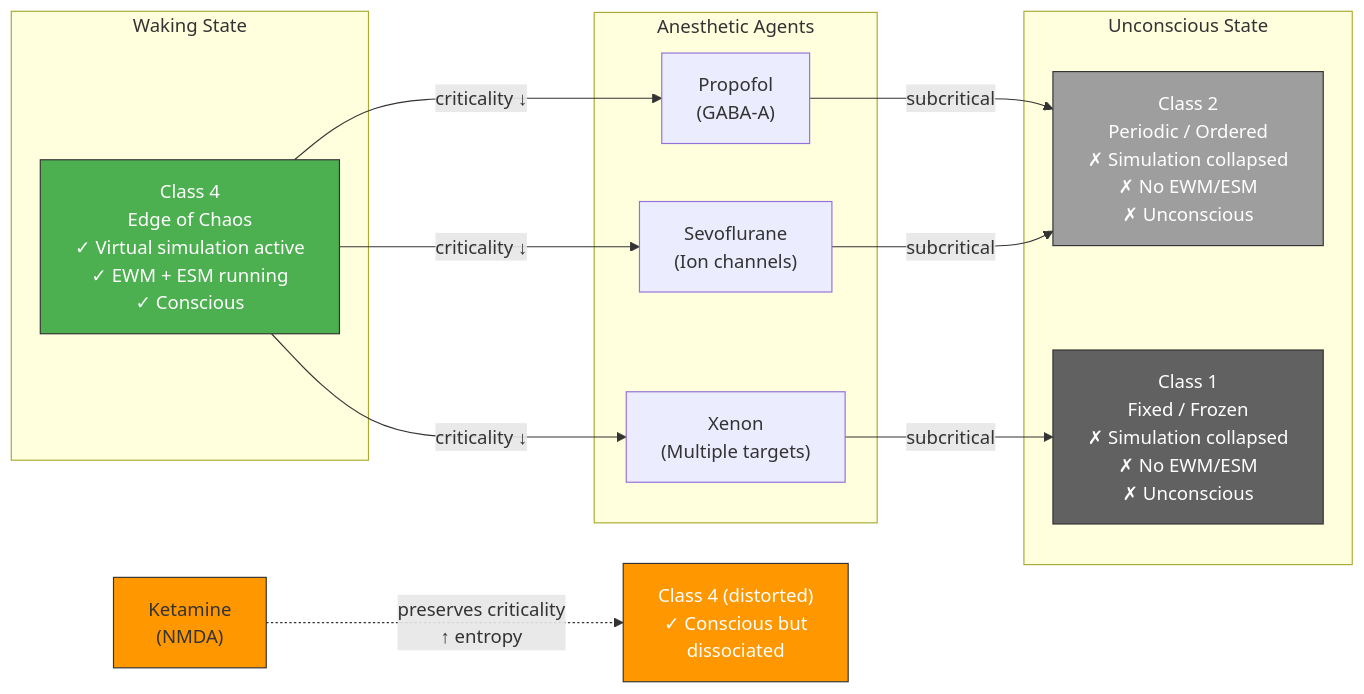
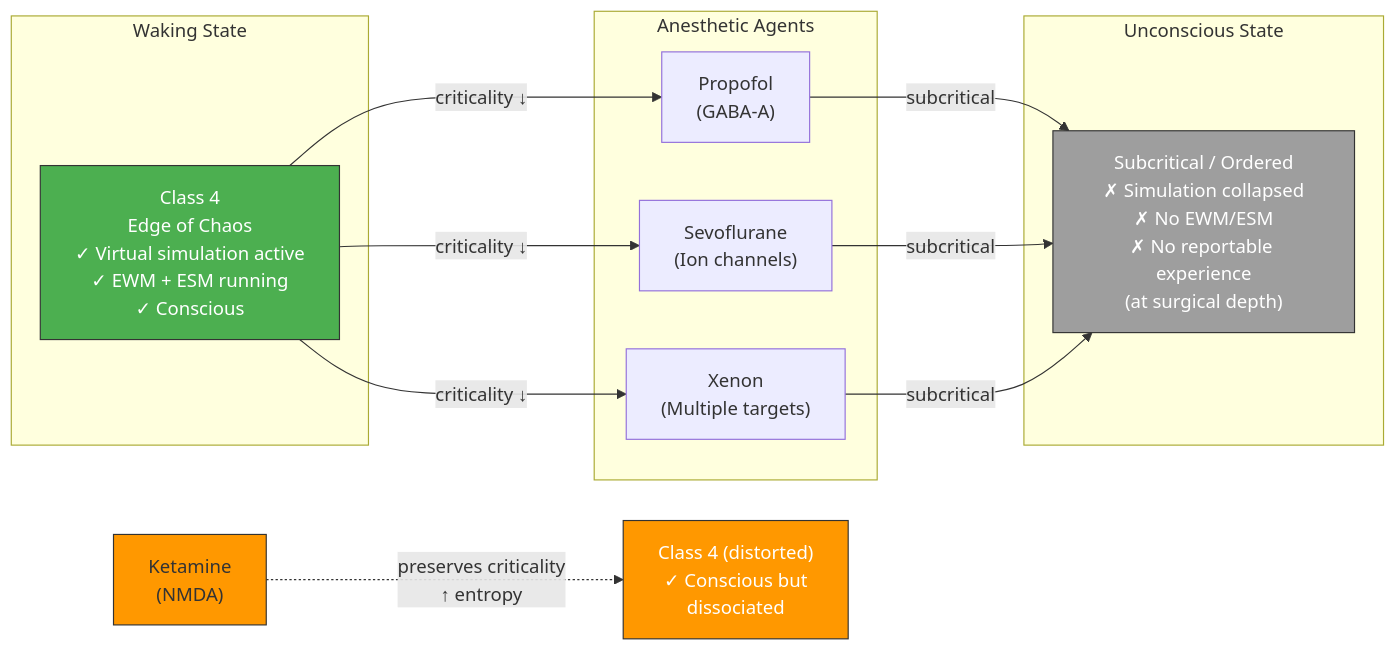
Before and after one commit to JeltzProstetnic/aIware: the diagram in wiki/phenomena/anesthesia.md, drawn with Mermaid. The commit also changed other lines of this file and 124 other files, not shown here.

````diff
--- a/wiki/phenomena/anesthesia.md
+++ b/wiki/phenomena/anesthesia.md
@@ -23,33 +23,31 @@
 ```mermaid
 graph LR
     subgraph "Waking State"
         C4W["Class 4\nEdge of Chaos\n✓ Virtual simulation active\n✓ EWM + ESM running\n✓ Conscious"]
     end
 
     subgraph "Anesthetic Agents"
         PROP["Propofol\n(GABA-A)"]
         SEVO["Sevoflurane\n(Ion channels)"]
         XEN["Xenon\n(Multiple targets)"]
     end
 
     subgraph "Unconscious State"
-        C2["Class 2\nPeriodic / Ordered\n✗ Simulation collapsed\n✗ No EWM/ESM\n✗ Unconscious"]
-        C1["Class 1\nFixed / Frozen\n✗ Simulation collapsed\n✗ No EWM/ESM\n✗ Unconscious"]
+        C2["Subcritical / Ordered\n✗ Simulation collapsed\n✗ No EWM/ESM\n✗ No reportable experience\n(at surgical depth)"]
     end
 
     C4W -->|"criticality ↓"| PROP
     C4W -->|"criticality ↓"| SEVO
     C4W -->|"criticality ↓"| XEN
 
     PROP -->|"subcritical"| C2
     SEVO -->|"subcritical"| C2
-    XEN -->|"subcritical"| C1
+    XEN -->|"subcritical"| C2
 
     KET["Ketamine\n(NMDA)"] -.->|"preserves criticality\n↑ entropy"| C4K["Class 4 (distorted)\n✓ Conscious but\ndissociated"]
 
     style C4W fill:#4CAF50,stroke:#333,color:#fff
     style C2 fill:#9E9E9E,stroke:#333,color:#fff
-    style C1 fill:#616161,stroke:#333,color:#fff
     style C4K fill:#FF9800,stroke:#333,color:#fff
     style KET fill:#FF9800,stroke:#333
 ```
````
